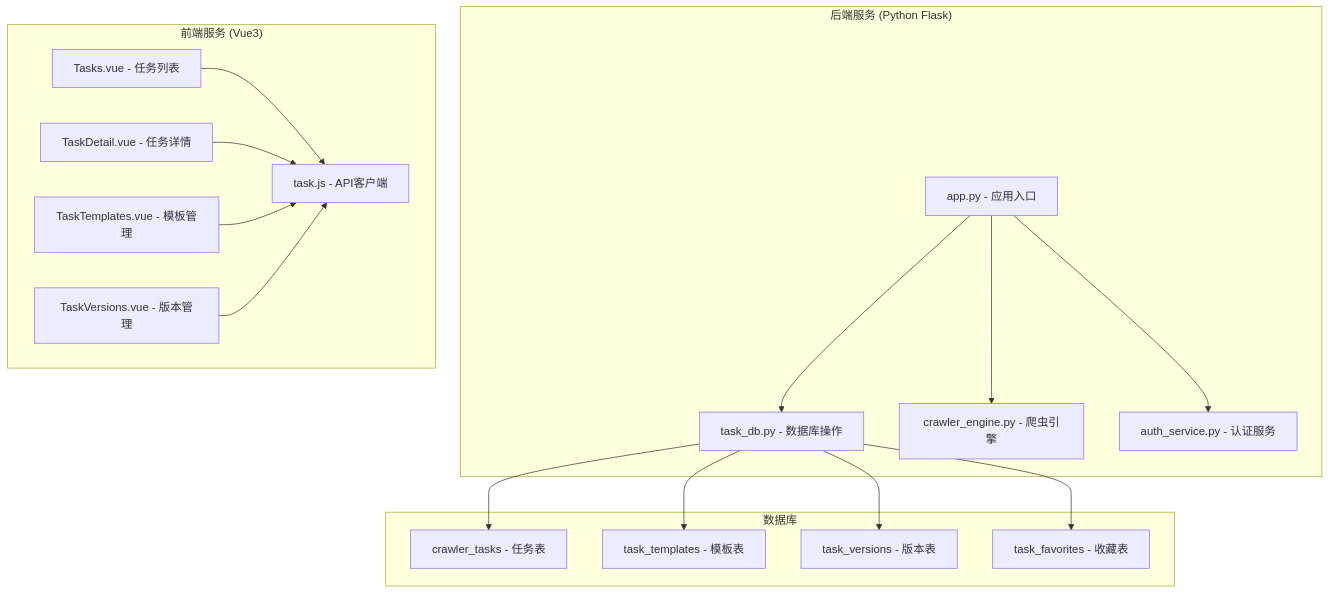
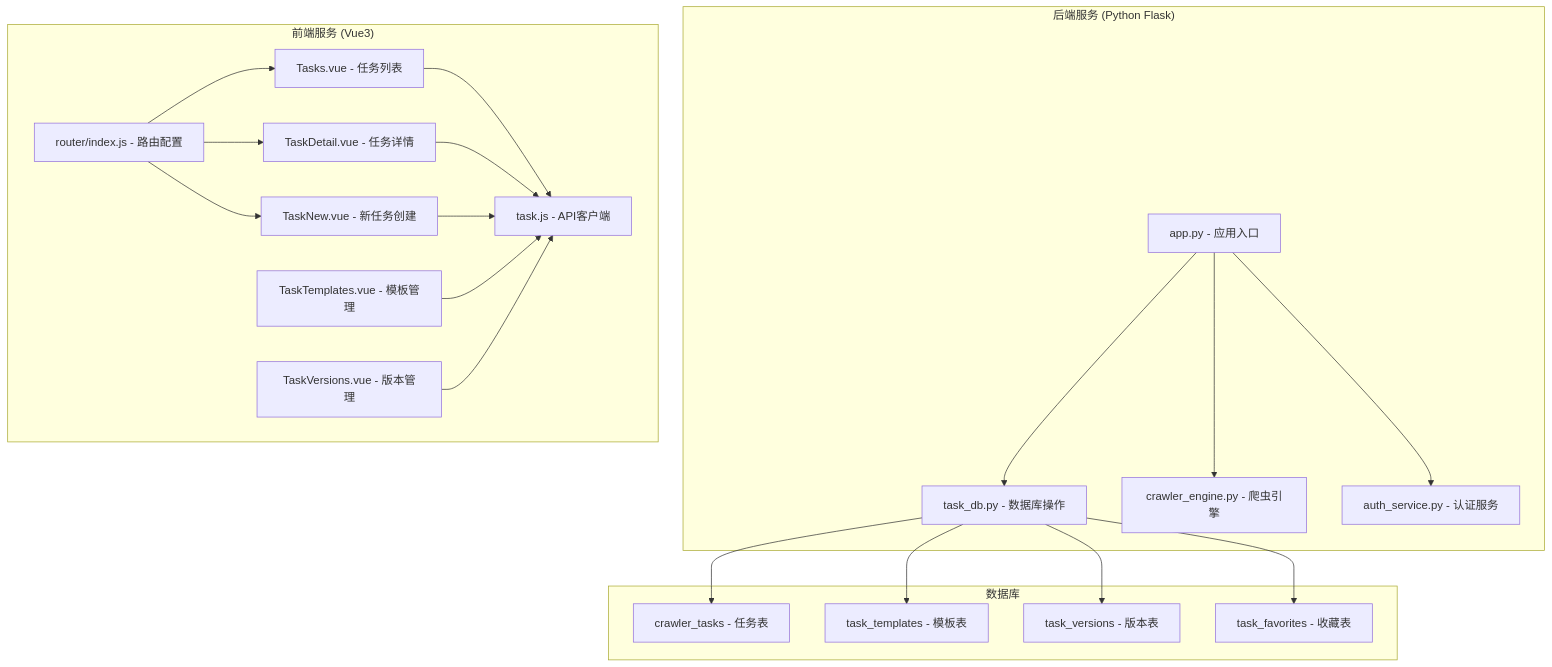
One commit to pxc12345/crawler-vue3 changed the first of 13 diagrams in .qoder/repowiki/zh/content/核心功能模块/任务管理系统/任务管理系统.md. Above: the diagram before and after it, drawn with Mermaid. The commit also changed other lines of this file and 12 other files, not shown here.

````diff
--- a/.qoder/repowiki/zh/content/核心功能模块/任务管理系统/任务管理系统.md
+++ b/.qoder/repowiki/zh/content/核心功能模块/任务管理系统/任务管理系统.md
@@ -49,33 +52,39 @@
 ```mermaid
 graph TB
 subgraph "后端服务 (Python Flask)"
 A[app.py - 应用入口]
 B[task_db.py - 数据库操作]
 C[crawler_engine.py - 爬虫引擎]
 D[auth_service.py - 认证服务]
 end
 subgraph "前端服务 (Vue3)"
 E[Tasks.vue - 任务列表]
 F[TaskDetail.vue - 任务详情]
-G[TaskTemplates.vue - 模板管理]
-H[TaskVersions.vue - 版本管理]
-I[task.js - API客户端]
+G[TaskNew.vue - 新任务创建]
+H[TaskTemplates.vue - 模板管理]
+I[TaskVersions.vue - 版本管理]
+J[task.js - API客户端]
+K[router/index.js - 路由配置]
 end
 subgraph "数据库"
-J[crawler_tasks - 任务表]
-K[task_templates - 模板表]
-L[task_versions - 版本表]
-M[task_favorites - 收藏表]
+L[crawler_tasks - 任务表]
+M[task_templates - 模板表]
+N[task_versions - 版本表]
+O[task_favorites - 收藏表]
 end
 A --> B
 A --> C
 A --> D
-E --> I
-F --> I
-G --> I
-H --> I
-B --> J
-B --> K
+E --> J
+F --> J
+G --> J
+H --> J
+I --> J
+K --> E
+K --> F
+K --> G
 B --> L
 B --> M
+B --> N
+B --> O
 ```
````
